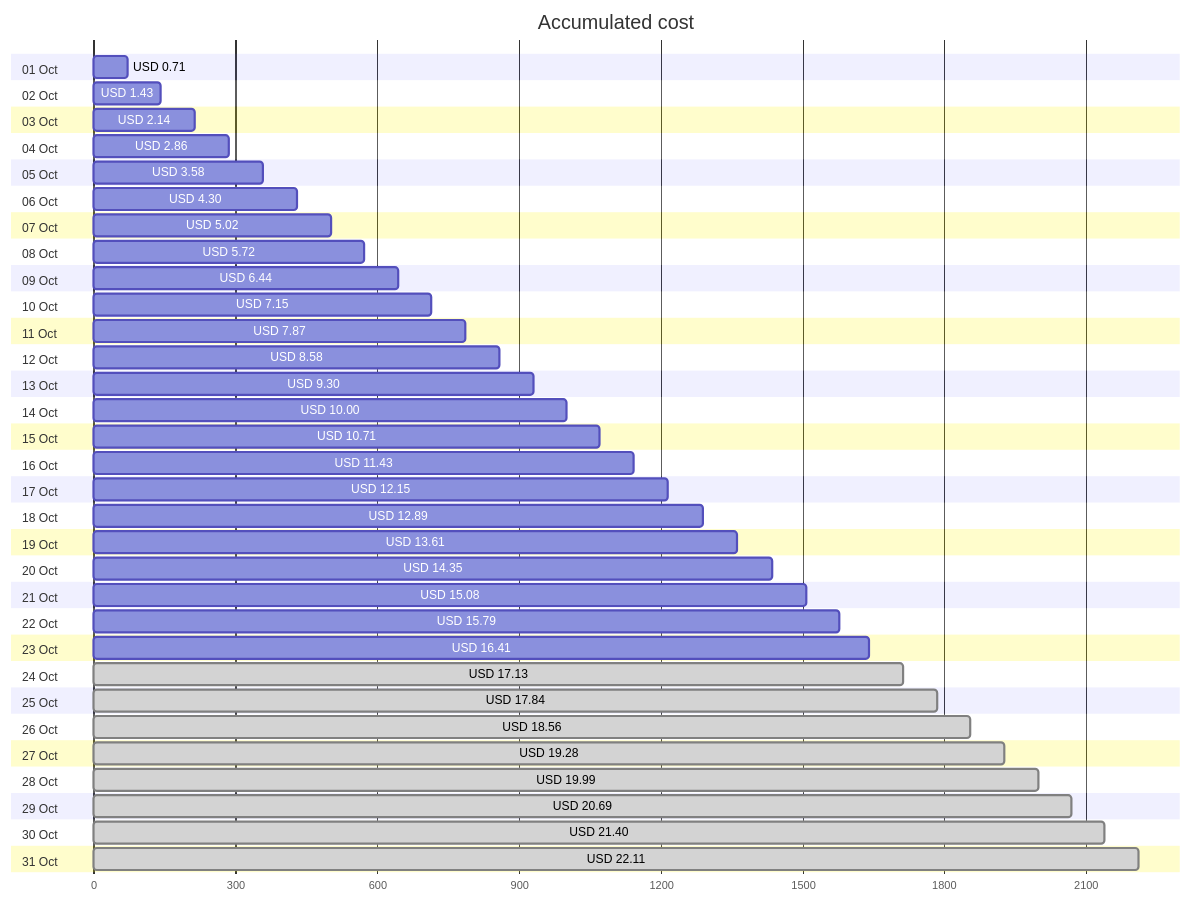
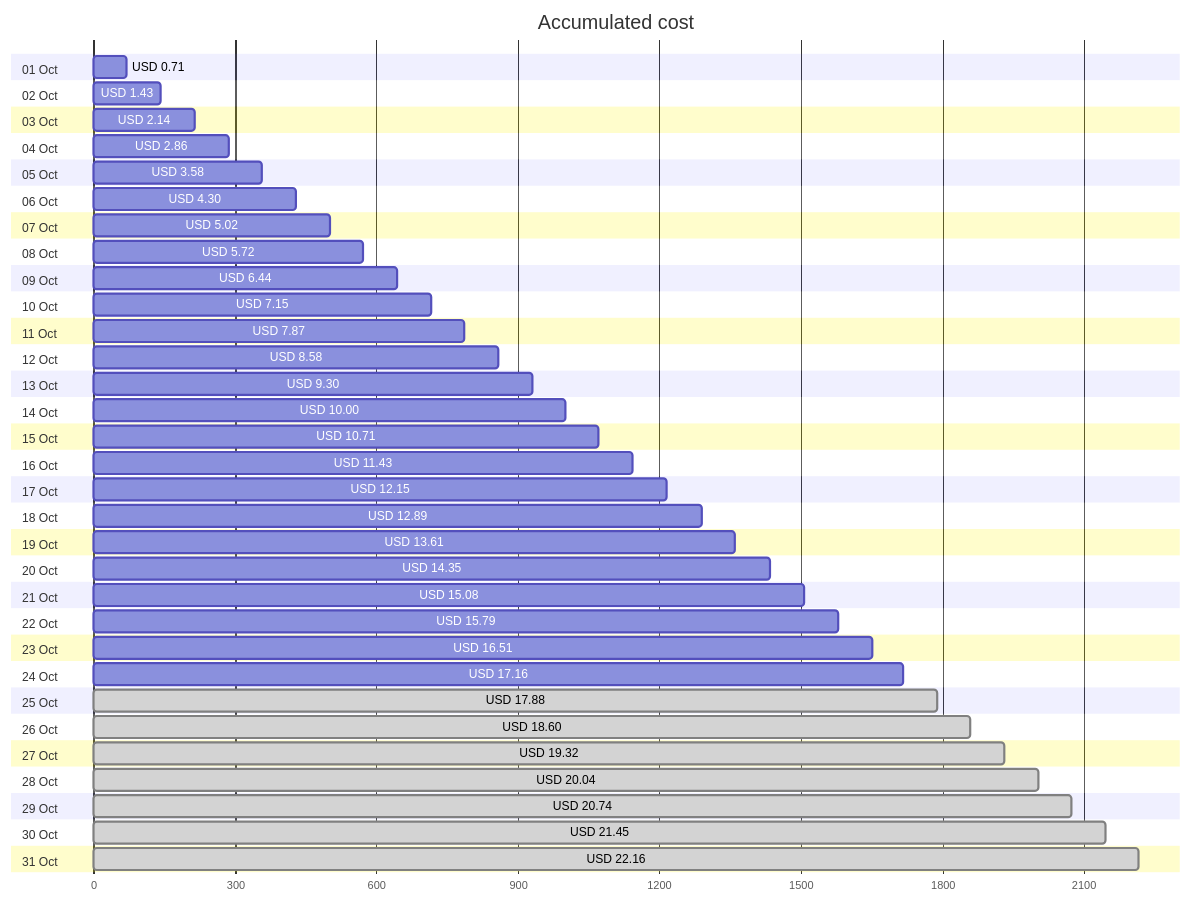
The first of 4 diagrams in cost-reports/personal-network/backup-server-data-disk.md (jpfulton/azure-personal-reports), drawn with Mermaid before and after one commit. The commit also changed other lines of this file and 7 other files, not shown here.

````diff
--- a/cost-reports/personal-network/backup-server-data-disk.md
+++ b/cost-reports/personal-network/backup-server-data-disk.md
@@ -20,68 +20,68 @@
 ```mermaid
 gantt
    title Accumulated cost
    dateFormat  X
    axisFormat %s
    section 01 Oct
    USD 0.71 :0, 71
    section 02 Oct
    USD 1.43 :0, 143
    section 03 Oct
    USD 2.14 :0, 214
    section 04 Oct
    USD 2.86 :0, 286
    section 05 Oct
    USD 3.58 :0, 358
    section 06 Oct
    USD 4.30 :0, 430
    section 07 Oct
    USD 5.02 :0, 502
    section 08 Oct
    USD 5.72 :0, 572
    section 09 Oct
    USD 6.44 :0, 644
    section 10 Oct
    USD 7.15 :0, 715
    section 11 Oct
    USD 7.87 :0, 787
    section 12 Oct
    USD 8.58 :0, 858
    section 13 Oct
    USD 9.30 :0, 930
    section 14 Oct
    USD 10.00 :0, 1000
    section 15 Oct
    USD 10.71 :0, 1071
    section 16 Oct
    USD 11.43 :0, 1143
    section 17 Oct
    USD 12.15 :0, 1215
    section 18 Oct
    USD 12.89 :0, 1289
    section 19 Oct
    USD 13.61 :0, 1361
    section 20 Oct
    USD 14.35 :0, 1435
    section 21 Oct
    USD 15.08 :0, 1508
    section 22 Oct
    USD 15.79 :0, 1579
    section 23 Oct
-   USD 16.41 :0, 1641
+   USD 16.51 :0, 1651
    section 24 Oct
-   USD 17.13 : done, 0, 1713
+   USD 17.16 :0, 1716
    section 25 Oct
-   USD 17.84 : done, 0, 1784
+   USD 17.88 : done, 0, 1788
    section 26 Oct
-   USD 18.56 : done, 0, 1856
+   USD 18.60 : done, 0, 1860
    section 27 Oct
-   USD 19.28 : done, 0, 1928
+   USD 19.32 : done, 0, 1932
    section 28 Oct
-   USD 19.99 : done, 0, 1999
+   USD 20.04 : done, 0, 2004
    section 29 Oct
-   USD 20.69 : done, 0, 2069
+   USD 20.74 : done, 0, 2074
    section 30 Oct
-   USD 21.40 : done, 0, 2140
+   USD 21.45 : done, 0, 2145
    section 31 Oct
-   USD 22.11 : done, 0, 2211
+   USD 22.16 : done, 0, 2216
 ```
````
